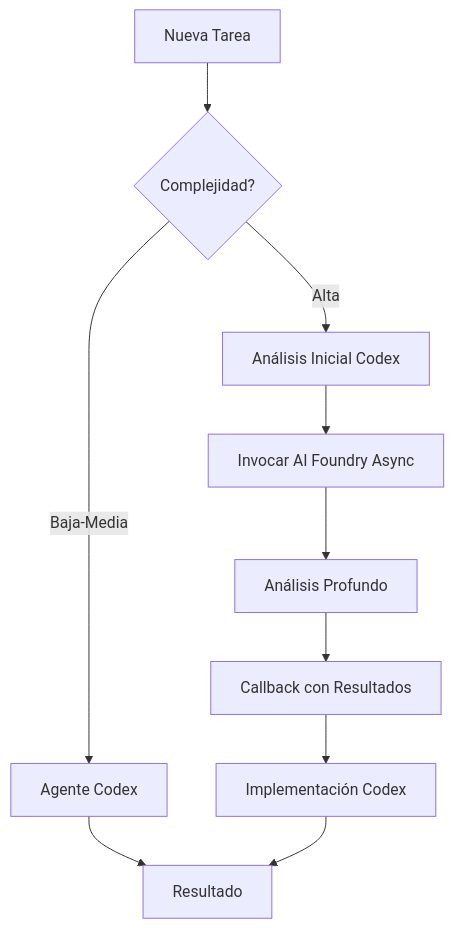
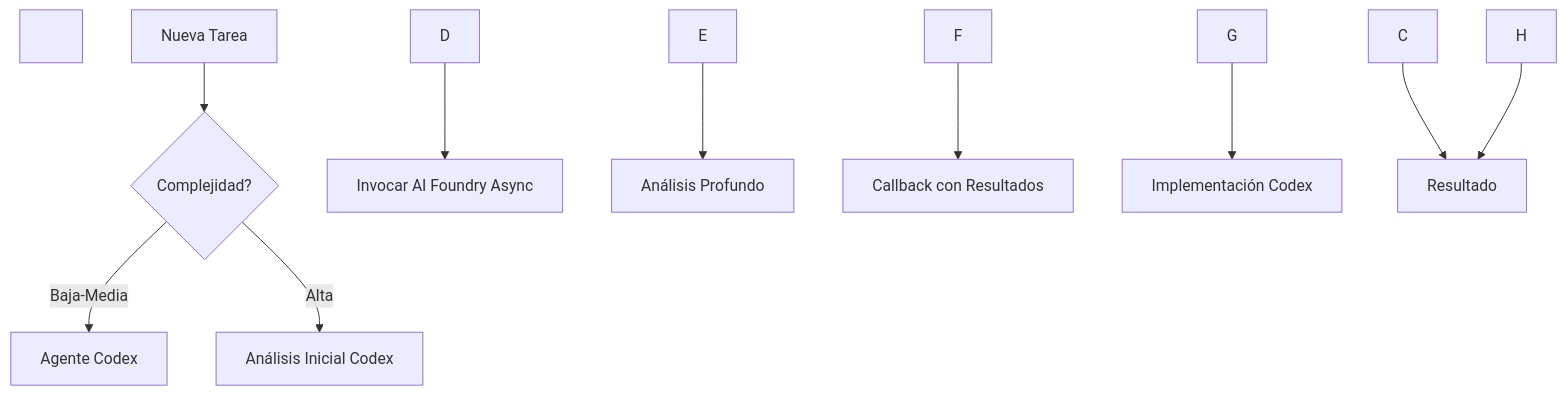
One commit to intuit44/Multi-Agent-Custom-Automation-Engine-Solution-Accelerator changed the diagram in docs/ASYNC_GUIDE.md. Above: the diagram before and after it, drawn with Mermaid. The commit also changed other lines of this file and 20 other files, not shown here.

````diff
--- a/docs/ASYNC_GUIDE.md
+++ b/docs/ASYNC_GUIDE.md
@@ -11,12 +21,23 @@
 ```mermaid
+
 graph TD
-    A[Nueva Tarea] --> B{Complejidad?}
-    B -->|Baja-Media| C[Agente Codex]
-    B -->|Alta| D[Análisis Inicial Codex]
-    D --> E[Invocar AI Foundry Async]
-    E --> F[Análisis Profundo]
-    F --> G[Callback con Resultados]
-    G --> H[Implementación Codex]
-    C --> I[Resultado]
-    H --> I[Resultado]
+
+&nbsp;   A\[Nueva Tarea] --> B{Complejidad?}
+
+&nbsp;   B -->|Baja-Media| C\[Agente Codex]
+
+&nbsp;   B -->|Alta| D\[Análisis Inicial Codex]
+
+&nbsp;   D --> E\[Invocar AI Foundry Async]
+
+&nbsp;   E --> F\[Análisis Profundo]
+
+&nbsp;   F --> G\[Callback con Resultados]
+
+&nbsp;   G --> H\[Implementación Codex]
+
+&nbsp;   C --> I\[Resultado]
+
+&nbsp;   H --> I\[Resultado]
+
 ```
````
